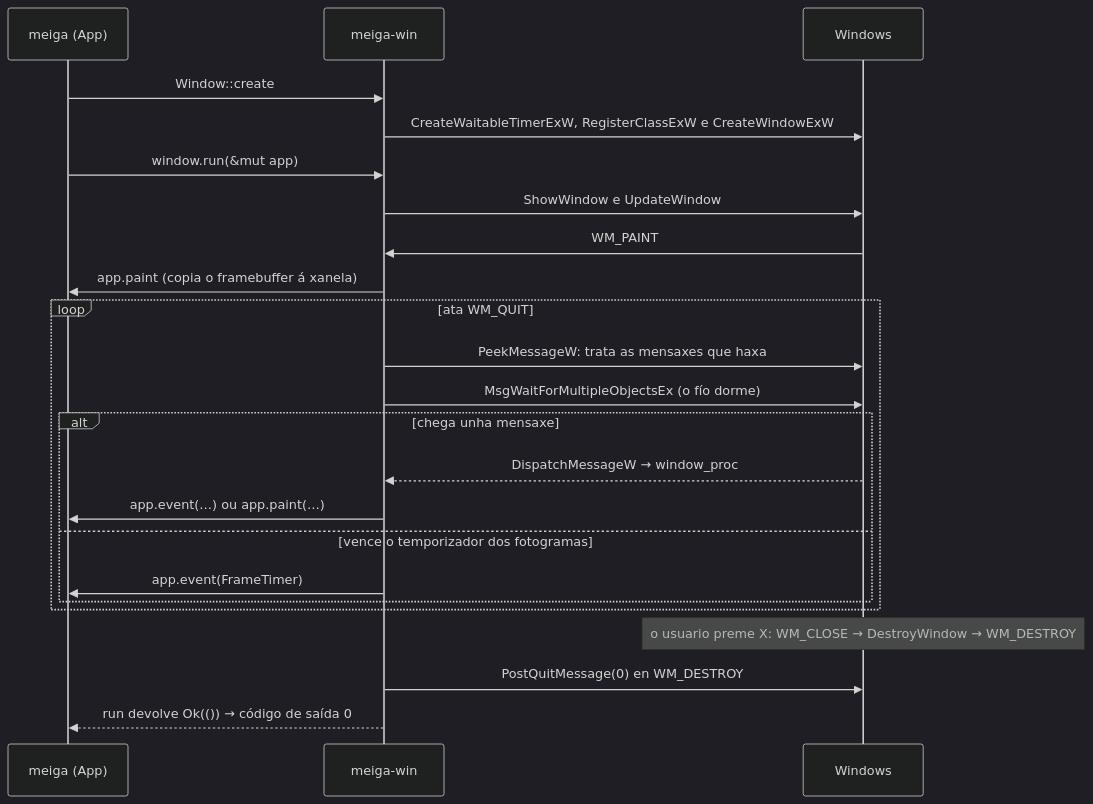
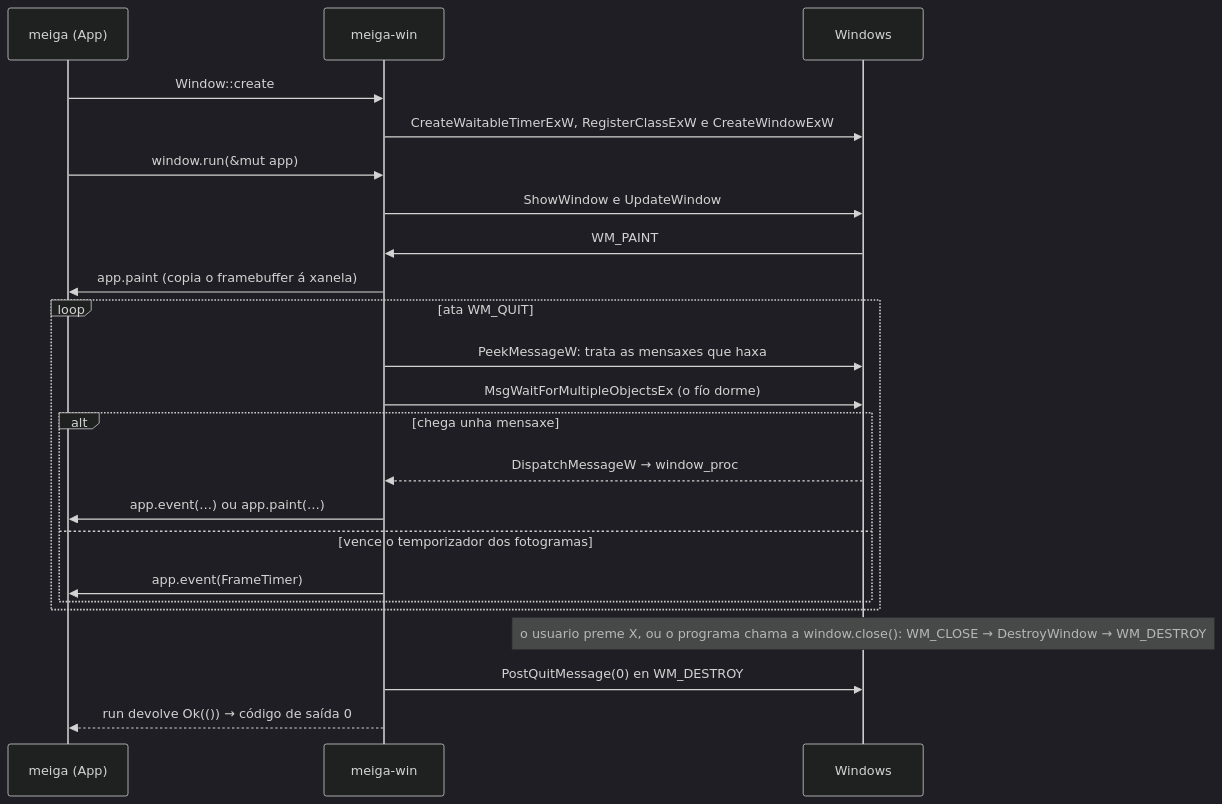
Before and after one commit to NewHouses/meiga: the second of 4 diagrams in docs/codigo/meiga-win.md, drawn with Mermaid (dark theme). The commit also changed other lines of this file and 33 other files, not shown here.

````diff
--- a/docs/codigo/meiga-win.md
+++ b/docs/codigo/meiga-win.md
@@ -894,25 +896,25 @@
 ```mermaid
 sequenceDiagram
     participant M as meiga (App)
     participant W as meiga-win
     participant S as Windows
     M->>W: Window::create
     W->>S: CreateWaitableTimerExW, RegisterClassExW e CreateWindowExW
     M->>W: window.run(&mut app)
     W->>S: ShowWindow e UpdateWindow
     S->>W: WM_PAINT
     W->>M: app.paint (copia o framebuffer á xanela)
     loop ata WM_QUIT
         W->>S: PeekMessageW: trata as mensaxes que haxa
         W->>S: MsgWaitForMultipleObjectsEx (o fío dorme)
         alt chega unha mensaxe
             S-->>W: DispatchMessageW → window_proc
             W->>M: app.event(…) ou app.paint(…)
         else vence o temporizador dos fotogramas
             W->>M: app.event(FrameTimer)
         end
     end
-    Note over S: o usuario preme X: WM_CLOSE → DestroyWindow → WM_DESTROY
+    Note over S: o usuario preme X, ou o programa chama a window.close(): WM_CLOSE → DestroyWindow → WM_DESTROY
     W->>S: PostQuitMessage(0) en WM_DESTROY
     W-->>M: run devolve Ok(()) → código de saída 0
 ```
````
